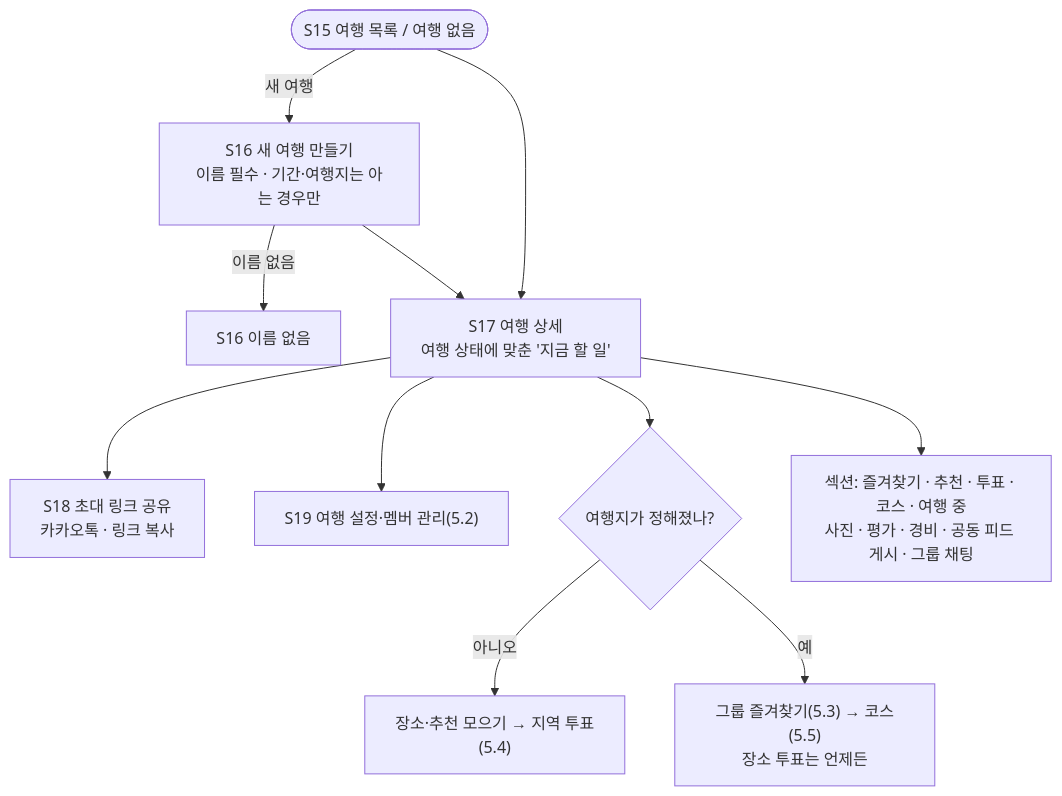
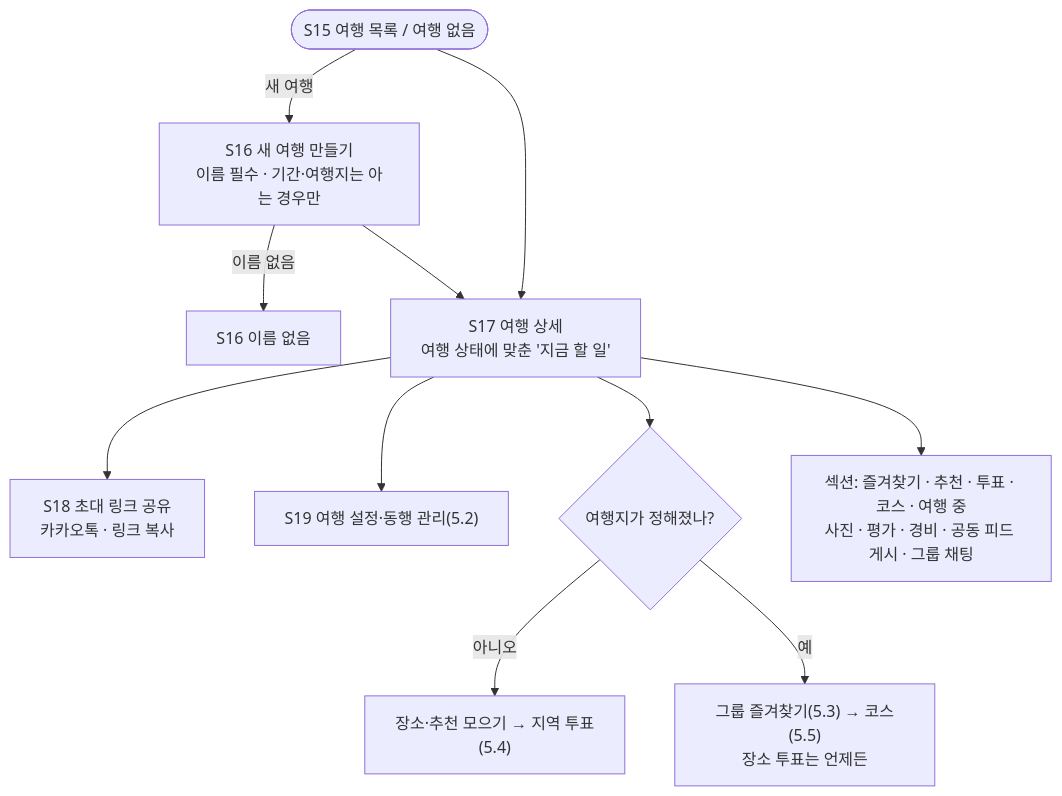
One commit to a204-eodilog/eodilog changed the ninth of 24 diagrams in docs/flow/user-flow.md. Above: the diagram before and after it, drawn with Mermaid. The commit also changed other lines of this file and 1 other file, not shown here.

````diff
--- a/docs/flow/user-flow.md
+++ b/docs/flow/user-flow.md
@@ -230,13 +238,13 @@
 ```mermaid
 flowchart TD
     S15(["S15 여행 목록 / 여행 없음"]) -- "새 여행" --> S16["S16 새 여행 만들기<br/>이름 필수 · 기간·여행지는 아는 경우만"]
     S16 -- "이름 없음" --> S16E["S16 이름 없음"]
     S16 --> S17
     S15 --> S17["S17 여행 상세<br/>여행 상태에 맞춘 '지금 할 일'"]
     S17 --> S18["S18 초대 링크 공유<br/>카카오톡 · 링크 복사"]
-    S17 --> S19["S19 여행 설정·멤버 관리(5.2)"]
+    S17 --> S19["S19 여행 설정·동행 관리(5.2)"]
     S17 --> NX{"여행지가 정해졌나?"}
     NX -- "아니오" --> VOTE["장소·추천 모으기 → 지역 투표(5.4)"]
     NX -- "예" --> COL["그룹 즐겨찾기(5.3) → 코스(5.5)<br/>장소 투표는 언제든"]
     S17 --> SEC["섹션: 즐겨찾기 · 추천 · 투표 · 코스 · 여행 중<br/>사진 · 평가 · 경비 · 공동 피드 게시 · 그룹 채팅"]
 ```
````
